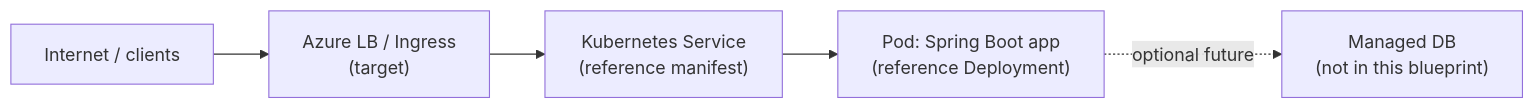
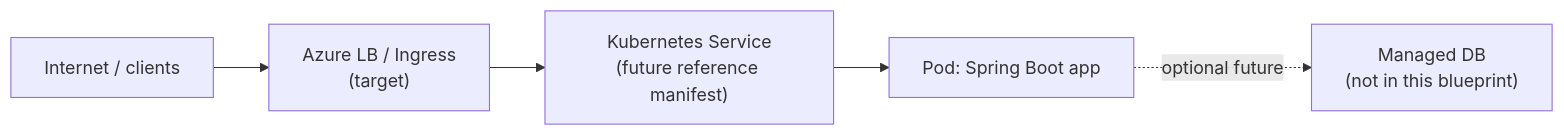
The second of 2 diagrams in docs/architecture/network-diagram.md (rmkr-dev/spring-boot-aks-blueprint), drawn with Mermaid before and after one commit. The commit also changed other lines of this file and 5 other files, not shown here.

````diff
--- a/docs/architecture/network-diagram.md
+++ b/docs/architecture/network-diagram.md
@@ -11,7 +21,7 @@
 ```mermaid
 flowchart LR
   Internet["Internet / clients"] --> LB["Azure LB / Ingress<br/>(target)"]
-  LB --> Svc["Kubernetes Service<br/>(reference manifest)"]
-  Svc --> Pod["Pod: Spring Boot app<br/>(reference Deployment)"]
+  LB --> Svc["Kubernetes Service<br/>(future reference manifest)"]
+  Svc --> Pod["Pod: Spring Boot app"]
   Pod -.->|"optional future"| DB["Managed DB<br/>(not in this blueprint)"]
 ```
````
